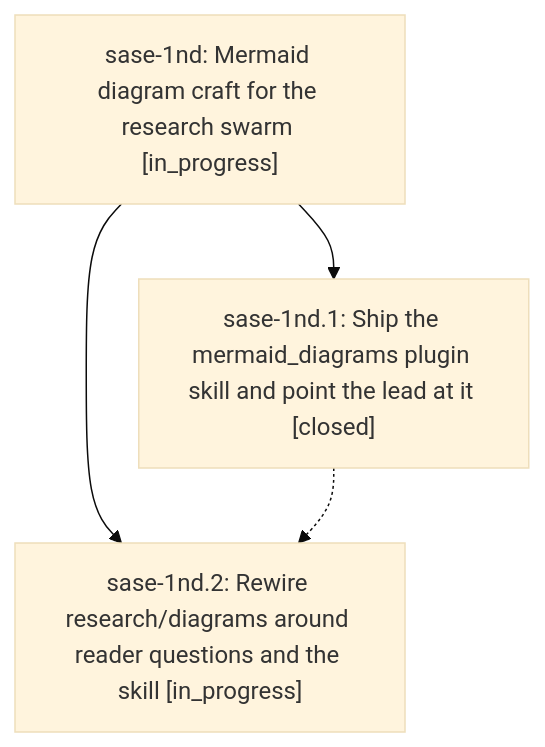
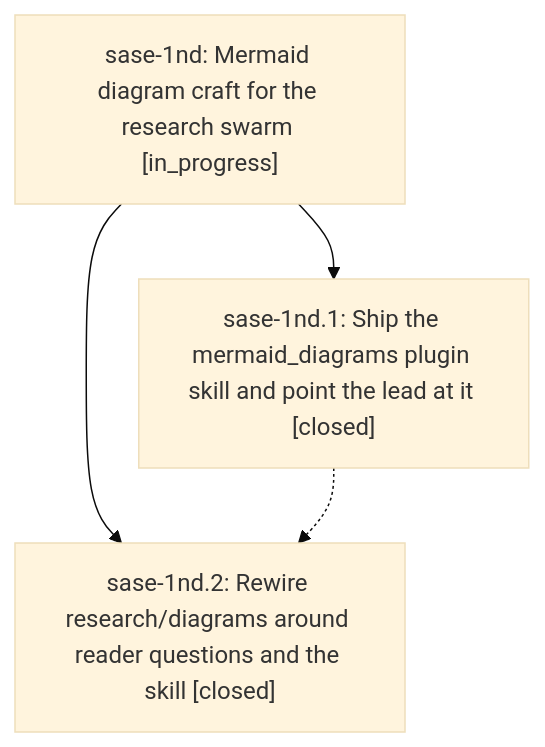
Before and after one commit to sase-org/sase--beads: the diagram in pages/sase-1nd/README.md, drawn with Mermaid (base theme). The commit also changed other lines of this file and 2 other files, not shown here.

First line of the commit message:
chore(beads): sync bead state and pages for sase-1nd

````diff
--- a/pages/sase-1nd/README.md
+++ b/pages/sase-1nd/README.md
@@ -23,9 +23,9 @@
 ```mermaid
 flowchart TD
     n0["sase-1nd: Mermaid diagram craft for the research swarm [in_progress]"]
     n1["sase-1nd.1: Ship the mermaid_diagrams plugin skill and point the lead at it [closed]"]
-    n2["sase-1nd.2: Rewire research/diagrams around reader questions and the skill [in_progress]"]
+    n2["sase-1nd.2: Rewire research/diagrams around reader questions and the skill [closed]"]
     n0 --> n1
     n0 --> n2
     n1 -.-> n2
 ```
````
